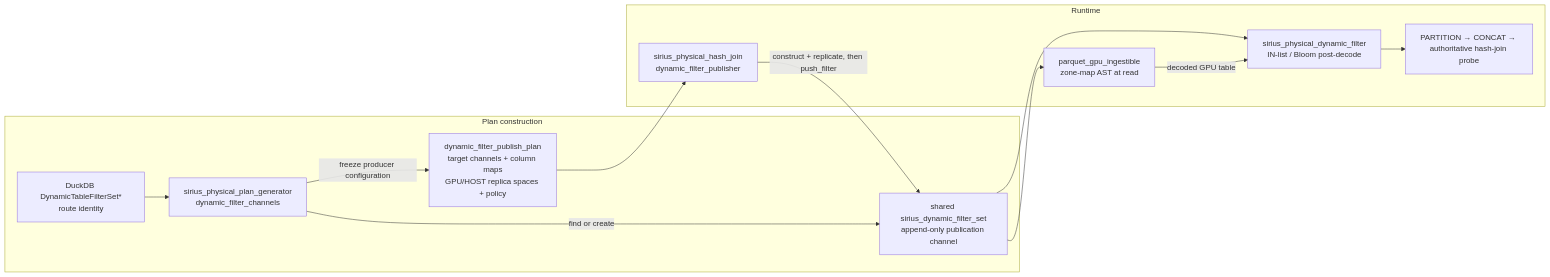
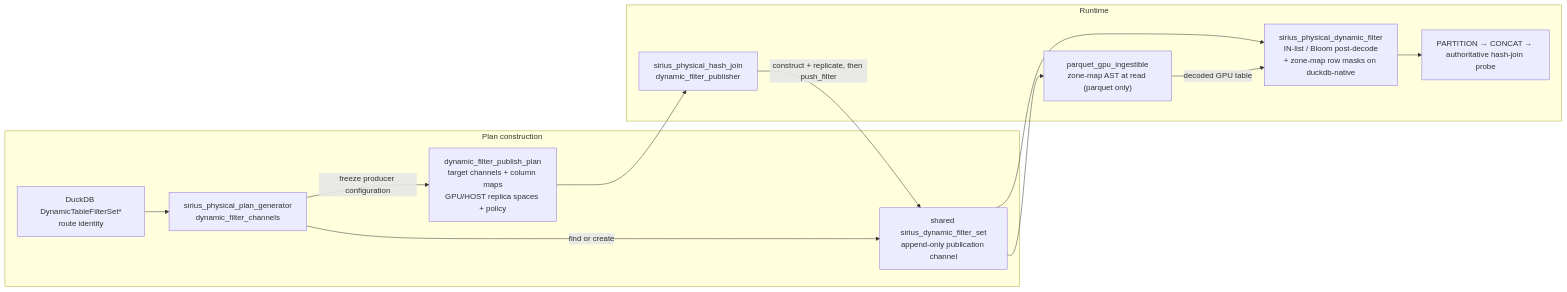
One commit to sirius-db/sirius changed the first of 4 diagrams in docs/super-sirius/dynamic-filters.md. Above: the diagram before and after it, drawn with Mermaid. The commit also changed other lines of this file and 1 other file, not shown here.

First line of the commit message:
docs(super-sirius): document the duckdb-native dynamic-filter consumer

````diff
--- a/docs/super-sirius/dynamic-filters.md
+++ b/docs/super-sirius/dynamic-filters.md
@@ -37,27 +37,27 @@
 ```mermaid
 flowchart LR
     subgraph PLAN["Plan construction"]
         KEY["DuckDB DynamicTableFilterSet*<br/>route identity"]
         ROUTER["sirius_physical_plan_generator<br/>dynamic_filter_channels"]
         PUBPLAN["dynamic_filter_publish_plan<br/>target channels + column maps<br/>GPU/HOST replica spaces + policy"]
 
         KEY --> ROUTER
         ROUTER -->|"find or create"| CHANNEL
         ROUTER -->|"freeze producer configuration"| PUBPLAN
     end
 
     subgraph RUN["Runtime"]
         JOIN["sirius_physical_hash_join<br/>dynamic_filter_publisher"]
         CHANNEL["shared sirius_dynamic_filter_set<br/>append-only publication channel"]
-        READER["parquet_gpu_ingestible<br/>zone-map AST at read"]
-        APPLY["sirius_physical_dynamic_filter<br/>IN-list / Bloom post-decode"]
+        READER["parquet_gpu_ingestible<br/>zone-map AST at read (parquet only)"]
+        APPLY["sirius_physical_dynamic_filter<br/>IN-list / Bloom post-decode<br/>+ zone-map row masks on duckdb-native"]
         DOWN["PARTITION → CONCAT → authoritative hash-join probe"]
 
         PUBPLAN --> JOIN
         JOIN -->|"construct + replicate, then push_filter"| CHANNEL
         CHANNEL --> READER
         CHANNEL --> APPLY
         READER -->|"decoded GPU table"| APPLY
         APPLY --> DOWN
     end
 ```
````
